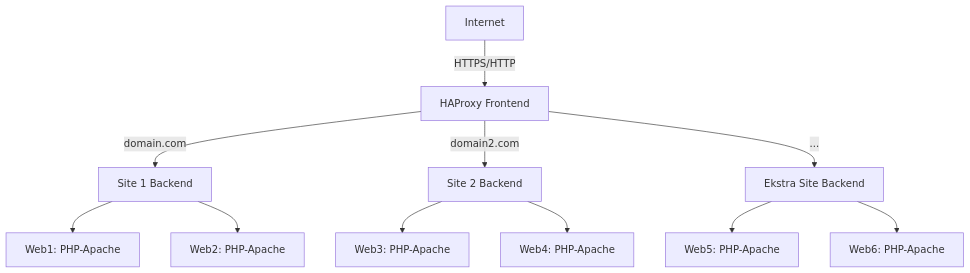
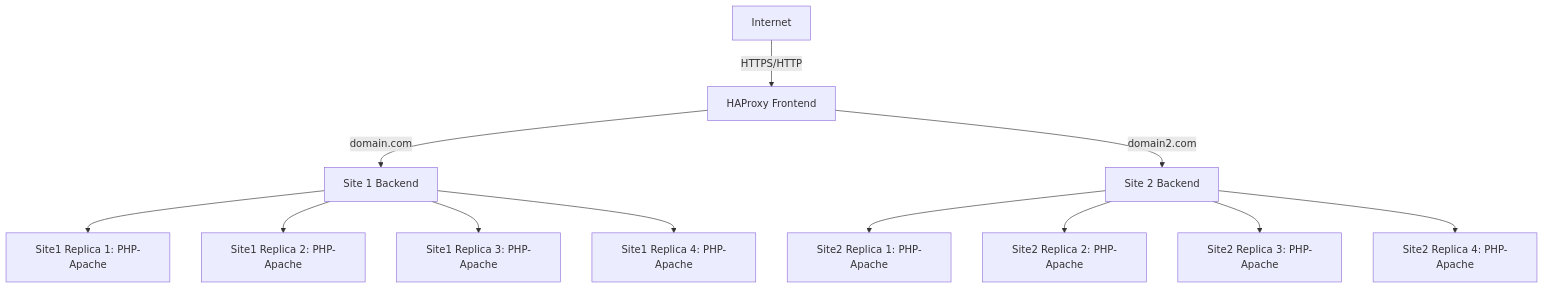
One commit to ugurcomptech/Docker-Web-Architecture changed the diagram in README.md. Above: the diagram before and after it, drawn with Mermaid. The commit also changed other lines of this file, not shown here.

````diff
--- a/README.md
+++ b/README.md
@@ -90,16 +106,16 @@
 ```mermaid
 flowchart TD
     A[Internet] -->|HTTPS/HTTP| B[HAProxy Frontend]
+
     B -->|domain.com| C[Site 1 Backend]
+    C --> site1_1[Site1 Replica 1: PHP-Apache]
+    C --> site1_2[Site1 Replica 2: PHP-Apache]
+    C --> site1_3[Site1 Replica 3: PHP-Apache]
+    C --> site1_4[Site1 Replica 4: PHP-Apache]
+
     B -->|domain2.com| D[Site 2 Backend]
-    B -->|...| E[Ekstra Site Backend]
-
-    C --> web1[Web1: PHP-Apache]
-    C --> web2[Web2: PHP-Apache]
-
-    D --> web3[Web3: PHP-Apache]
-    D --> web4[Web4: PHP-Apache]
-
-    E --> web5[Web5: PHP-Apache]
-    E --> web6[Web6: PHP-Apache]
+    D --> site2_1[Site2 Replica 1: PHP-Apache]
+    D --> site2_2[Site2 Replica 2: PHP-Apache]
+    D --> site2_3[Site2 Replica 3: PHP-Apache]
+    D --> site2_4[Site2 Replica 4: PHP-Apache]
 ```
````
